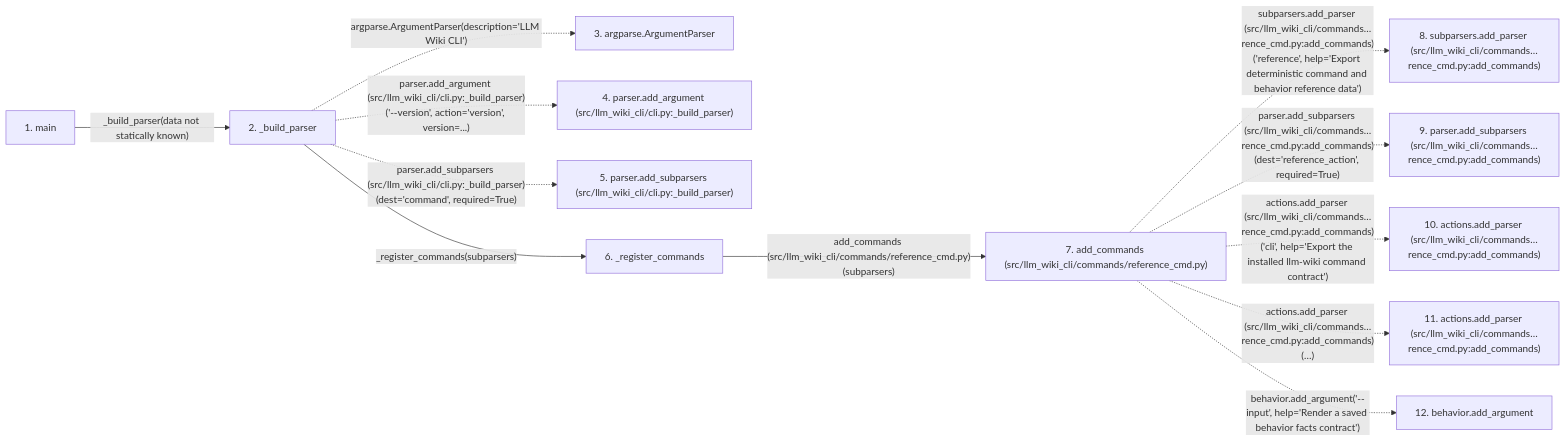
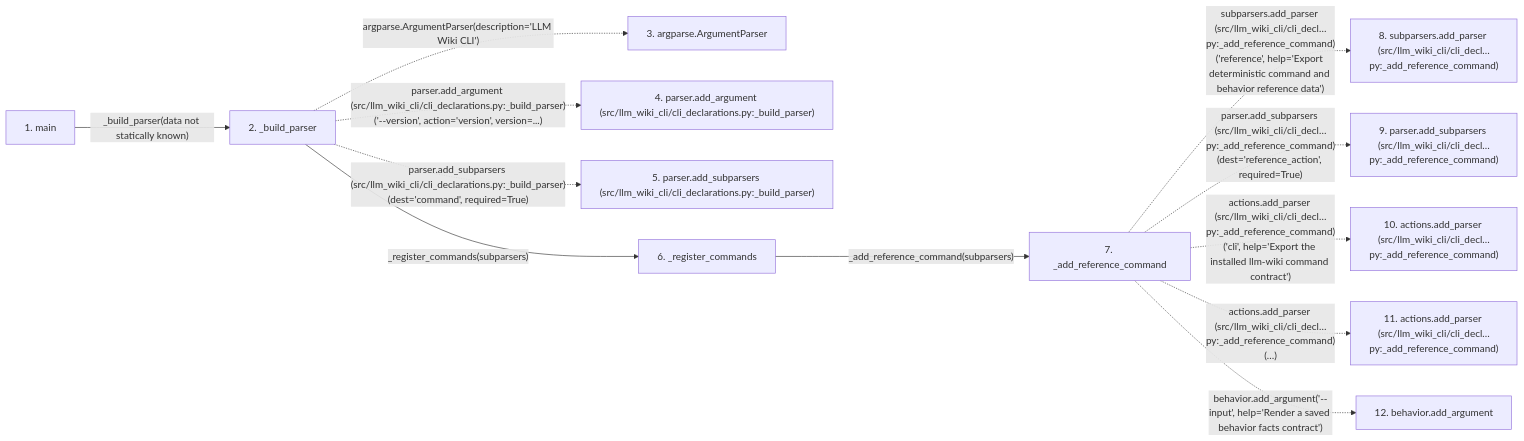
One commit to Denissvgn/python-wiki-llm changed the second of 2 diagrams in docs/llm_wiki/flows/process-cli.md. Above: the diagram before and after it, drawn with Mermaid. The commit also changed other lines of this file and 1555 other files, not shown here.

````diff
--- a/docs/llm_wiki/flows/process-cli.md
+++ b/docs/llm_wiki/flows/process-cli.md
@@ -157,30 +149,30 @@
 ```mermaid
 flowchart LR
     s1["1. main"]
     s2["2. _build_parser"]
     s3["3. argparse.ArgumentParser"]
-    s4["4. parser.add_argument (src/llm_wiki_cli/cli.py:_build_parser)"]
-    s5["5. parser.add_subparsers (src/llm_wiki_cli/cli.py:_build_parser)"]
+    s4["4. parser.add_argument (src/llm_wiki_cli/cli_declarations.py:_build_parser)"]
+    s5["5. parser.add_subparsers (src/llm_wiki_cli/cli_declarations.py:_build_parser)"]
     s6["6. _register_commands"]
-    s7["7. add_commands (src/llm_wiki_cli/commands/reference_cmd.py)"]
-    s8["8. subparsers.add_parser (src/llm_wiki_cli/commands…rence_cmd.py:add_commands)"]
-    s9["9. parser.add_subparsers (src/llm_wiki_cli/commands…rence_cmd.py:add_commands)"]
-    s10["10. actions.add_parser (src/llm_wiki_cli/commands…rence_cmd.py:add_commands)"]
-    s11["11. actions.add_parser (src/llm_wiki_cli/commands…rence_cmd.py:add_commands)"]
+    s7["7. _add_reference_command"]
+    s8["8. subparsers.add_parser (src/llm_wiki_cli/cli_decl…py:_add_reference_command)"]
+    s9["9. parser.add_subparsers (src/llm_wiki_cli/cli_decl…py:_add_reference_command)"]
+    s10["10. actions.add_parser (src/llm_wiki_cli/cli_decl…py:_add_reference_command)"]
+    s11["11. actions.add_parser (src/llm_wiki_cli/cli_decl…py:_add_reference_command)"]
     s12["12. behavior.add_argument"]
     s1 -->|"_build_parser(data not statically known)"| s2
     s2 -. "argparse.ArgumentParser(description='LLM Wiki CLI')" .-> s3
-    s2 -. "parser.add_argument (src/llm_wiki_cli/cli.py:_build_parser)('--version', action='version', version=...)" .-> s4
-    s2 -. "parser.add_subparsers (src/llm_wiki_cli/cli.py:_build_parser)(dest='command', required=True)" .-> s5
+    s2 -. "parser.add_argument (src/llm_wiki_cli/cli_declarations.py:_build_parser)('--version', action='version', version=...)" .-> s4
+    s2 -. "parser.add_subparsers (src/llm_wiki_cli/cli_declarations.py:_build_parser)(dest='command', required=True)" .-> s5
     s2 -->|"_register_commands(subparsers)"| s6
-    s6 -->|"add_commands (src/llm_wiki_cli/commands/reference_cmd.py)(subparsers)"| s7
-    s7 -. "subparsers.add_parser (src/llm_wiki_cli/commands…rence_cmd.py:add_commands)('reference', help='Export deterministic command and behavior reference data')" .-> s8
-    s7 -. "parser.add_subparsers (src/llm_wiki_cli/commands…rence_cmd.py:add_commands)(dest='reference_action', required=True)" .-> s9
-    s7 -. "actions.add_parser (src/llm_wiki_cli/commands…rence_cmd.py:add_commands)('cli', help='Export the installed llm-wiki command contract')" .-> s10
-    s7 -. "actions.add_parser (src/llm_wiki_cli/commands…rence_cmd.py:add_commands)(…)" .-> s11
+    s6 -->|"_add_reference_command(subparsers)"| s7
+    s7 -. "subparsers.add_parser (src/llm_wiki_cli/cli_decl…py:_add_reference_command)('reference', help='Export deterministic command and behavior reference data')" .-> s8
+    s7 -. "parser.add_subparsers (src/llm_wiki_cli/cli_decl…py:_add_reference_command)(dest='reference_action', required=True)" .-> s9
+    s7 -. "actions.add_parser (src/llm_wiki_cli/cli_decl…py:_add_reference_command)('cli', help='Export the installed llm-wiki command contract')" .-> s10
+    s7 -. "actions.add_parser (src/llm_wiki_cli/cli_decl…py:_add_reference_command)(…)" .-> s11
     s7 -. "behavior.add_argument('--input', help='Render a saved behavior facts contract')" .-> s12
     click s1 "../modules/cli.md"
-    click s2 "../modules/cli.md"
-    click s6 "../modules/cli.md"
-    click s7 "../modules/reference_cmd.md"
+    click s2 "../modules/cli_declarations.md"
+    click s6 "../modules/cli_declarations.md"
+    click s7 "../modules/cli_declarations.md"
 ```
````
